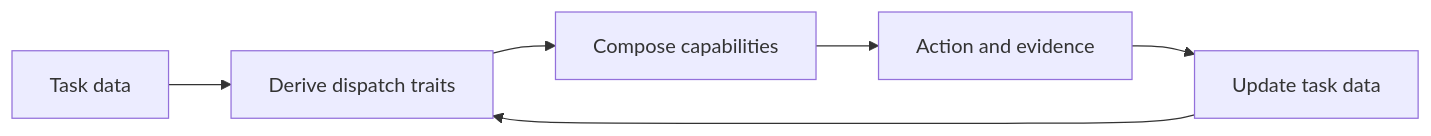
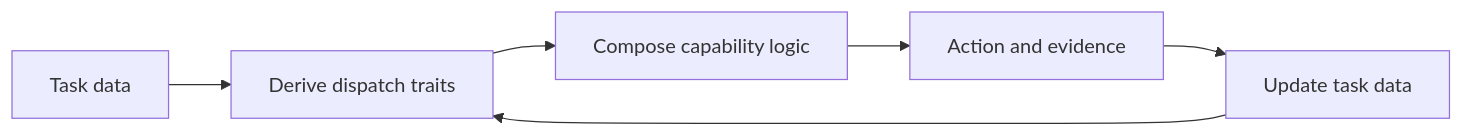
One commit to agentic-tend/.github changed the diagram in docs/agentic-tooling.md. Above: the diagram before and after it, drawn with Mermaid. The commit also changed other lines of this file and 3 other files, not shown here.

````diff
--- a/docs/agentic-tooling.md
+++ b/docs/agentic-tooling.md
@@ -29,8 +29,8 @@
 ```mermaid
 flowchart LR
     A[Task data] --> B[Derive dispatch traits]
-    B --> C[Compose capabilities]
+    B --> C[Compose capability logic]
     C --> D[Action and evidence]
     D --> E[Update task data]
     E --> B
 ```
````
